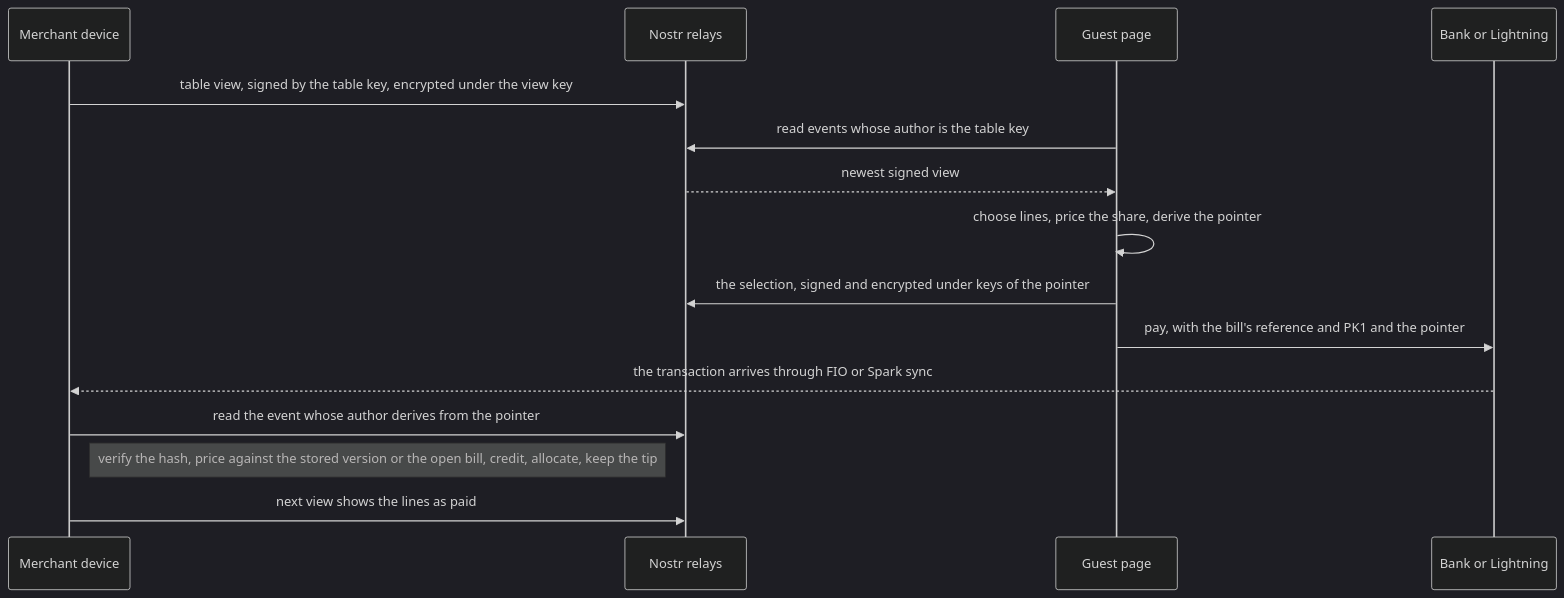
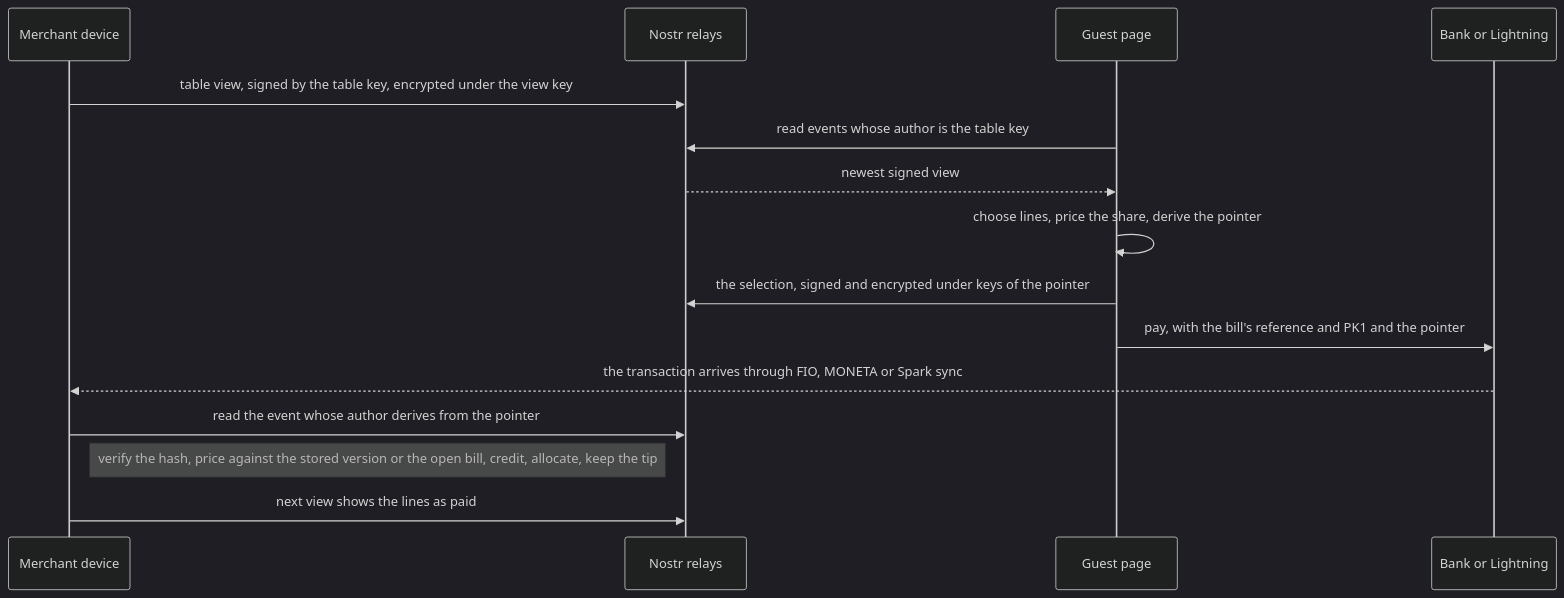
One commit to finitoapp/finito changed the second of 2 diagrams in docs/table-self-pay-design.md. Above: the diagram before and after it, drawn with Mermaid (dark theme). The commit also changed other lines of this file and 6 other files, not shown here.

````diff
--- a/docs/table-self-pay-design.md
+++ b/docs/table-self-pay-design.md
@@ -88,17 +88,17 @@
 ```mermaid
 sequenceDiagram
   participant T as Merchant device
   participant R as Nostr relays
   participant G as Guest page
   participant P as Bank or Lightning
   T->>R: table view, signed by the table key, encrypted under the view key
   G->>R: read events whose author is the table key
   R-->>G: newest signed view
   G->>G: choose lines, price the share, derive the pointer
   G->>R: the selection, signed and encrypted under keys of the pointer
   G->>P: pay, with the bill's reference and PK1 and the pointer
-  P-->>T: the transaction arrives through FIO or Spark sync
+  P-->>T: the transaction arrives through FIO, MONETA or Spark sync
   T->>R: read the event whose author derives from the pointer
   Note right of T: verify the hash, price against the stored version or the open bill, credit, allocate, keep the tip
   T->>R: next view shows the lines as paid
 ```
````
